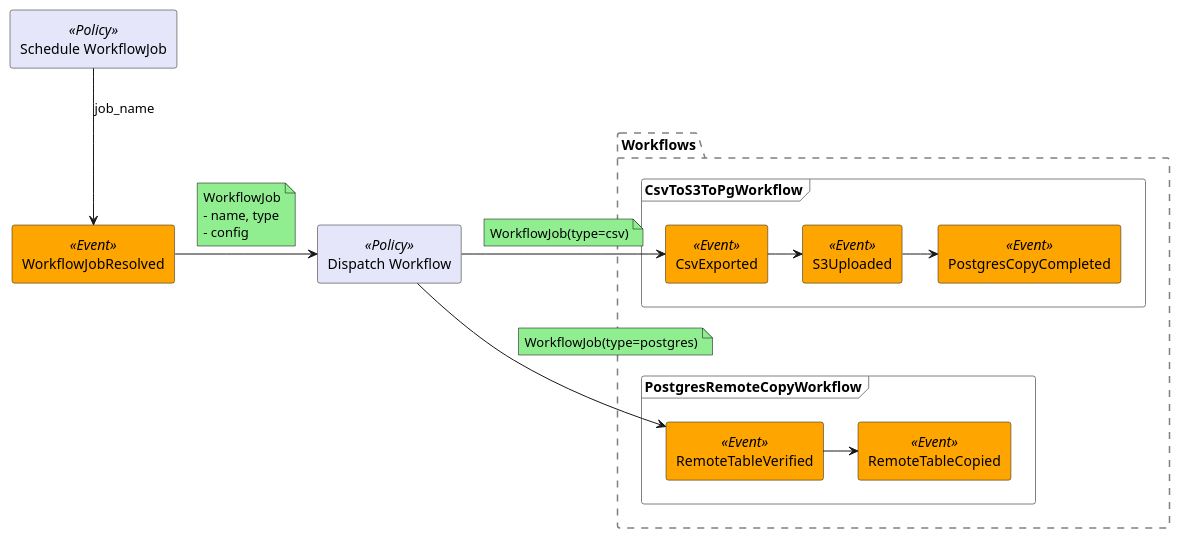
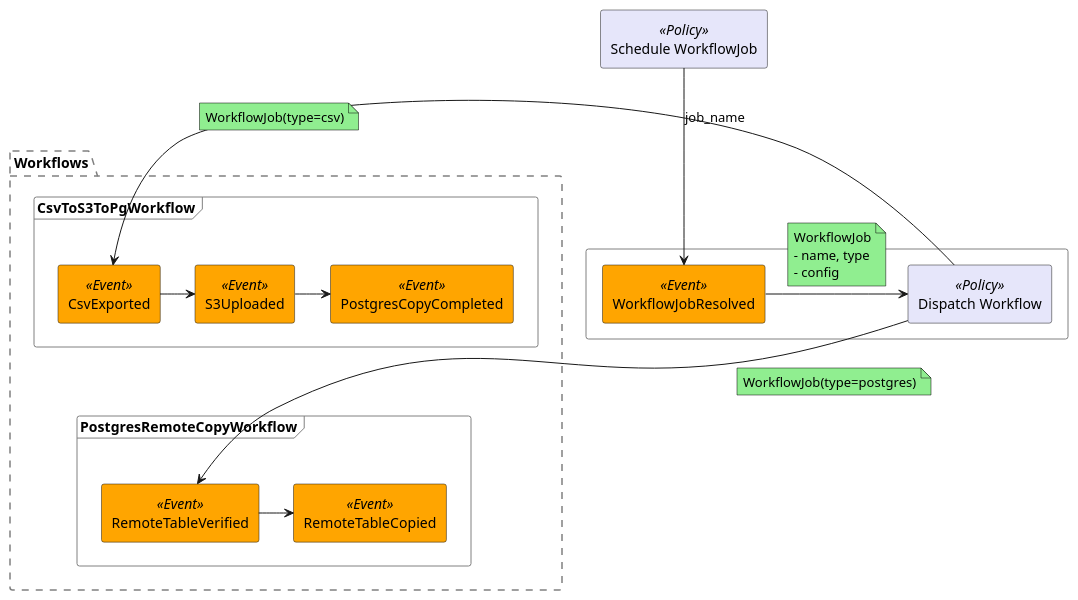
Before and after one commit to yanghoon/dataflow: the diagram in docs/workflow.puml, drawn with PlantUML. The commit also changed 5 other files, not shown here.

```diff
--- a/docs/workflow.puml
+++ b/docs/workflow.puml
@@ -1,59 +1,62 @@
 @startuml
 
 skinparam rectangle {
     BackgroundColor<<Command>> LightBlue
     BackgroundColor<<Event>> Orange
     BackgroundColor<<Policy>> Lavender
     BackgroundColor<<Aggregate>> LightYellow
     BackgroundColor<<ReadModel>> LightGreen
     BackgroundColor<<Assumption>> Pink
 }
 skinparam note {
     BackgroundColor LightGreen
     BorderColor Black
 }
 skinparam package {
     BorderStyle dashed
     BorderColor Gray
 }
 
 rectangle "Schedule WorkflowJob" <<Policy>> as policy_schedule
-rectangle "Dispatch Workflow" <<Policy>> as policy_dispatch
-rectangle "WorkflowJobResolved" <<Event>> as evt_job_resolved
+rectangle {
+  rectangle "Dispatch Workflow" <<Policy>> as policy_dispatch
+  rectangle "WorkflowJobResolved" <<Event>> as evt_job_resolved
+
+  evt_job_resolved -> policy_dispatch
+  note on link : WorkflowJob\n- name, type\n- config
+}
 
 policy_schedule -d-> evt_job_resolved: job_name
-evt_job_resolved -> policy_dispatch
-note on link : WorkflowJob\n- name, type\n- config
 
 package "Workflows" {
 
   frame "CsvToS3ToPgWorkflow" {
     together {
       rectangle "CsvExported" <<Event>> as evt_csv_1
       rectangle "S3Uploaded" <<Event>> as evt_csv_2
       rectangle "PostgresCopyCompleted" <<Event>> as evt_csv_3
     }
     evt_csv_1 -> evt_csv_2
     evt_csv_2 -> evt_csv_3
   }
 
   'rectangle "RemoteTableCreated" <<Event>> as evt_pg_0
   frame "PostgresRemoteCopyWorkflow" {
     together {
       rectangle "RemoteTableVerified" <<Event>> as ev_pg_1
       rectangle "RemoteTableCopied" <<Event>> as ev_pg_2
     }
     'evt_b0 .u.> evt_pg_0
     ev_pg_1 -> ev_pg_2
   }
 
   evt_csv_1 -[hidden]-> ev_pg_1
 }
 
 policy_dispatch -> evt_csv_1
 note on link : WorkflowJob(type=csv)
 
 policy_dispatch -> ev_pg_1
 note on link : WorkflowJob(type=postgres)
 
 @enduml
```
